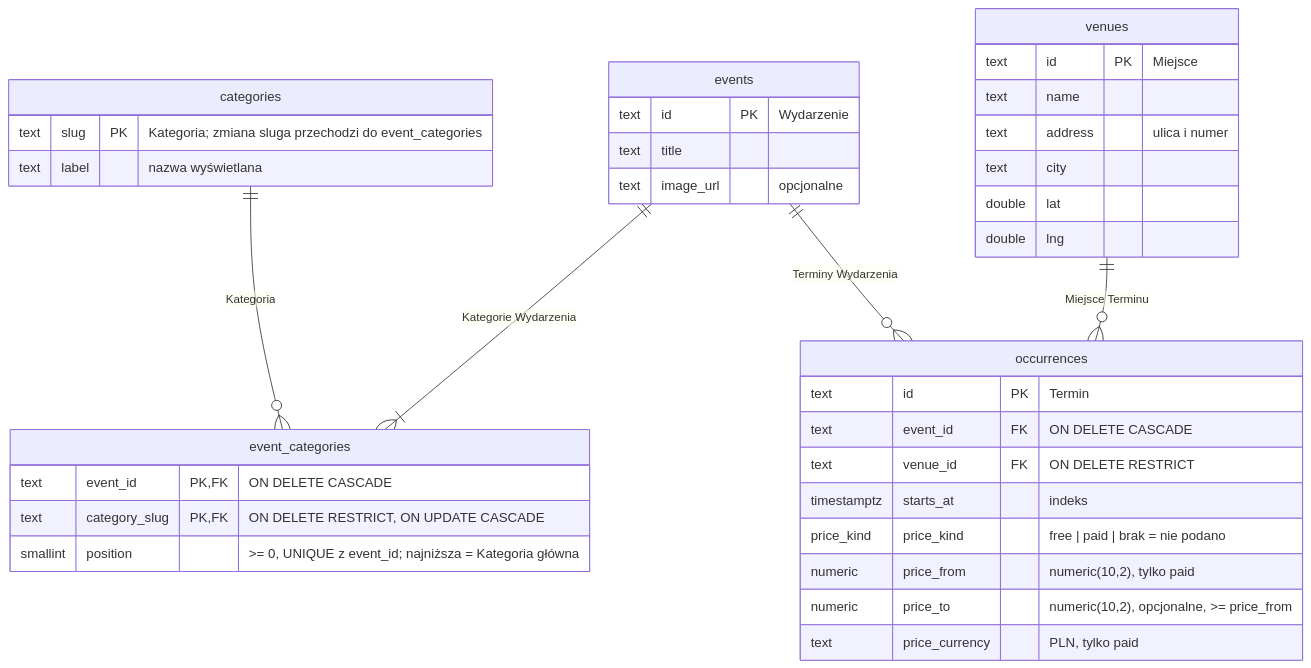
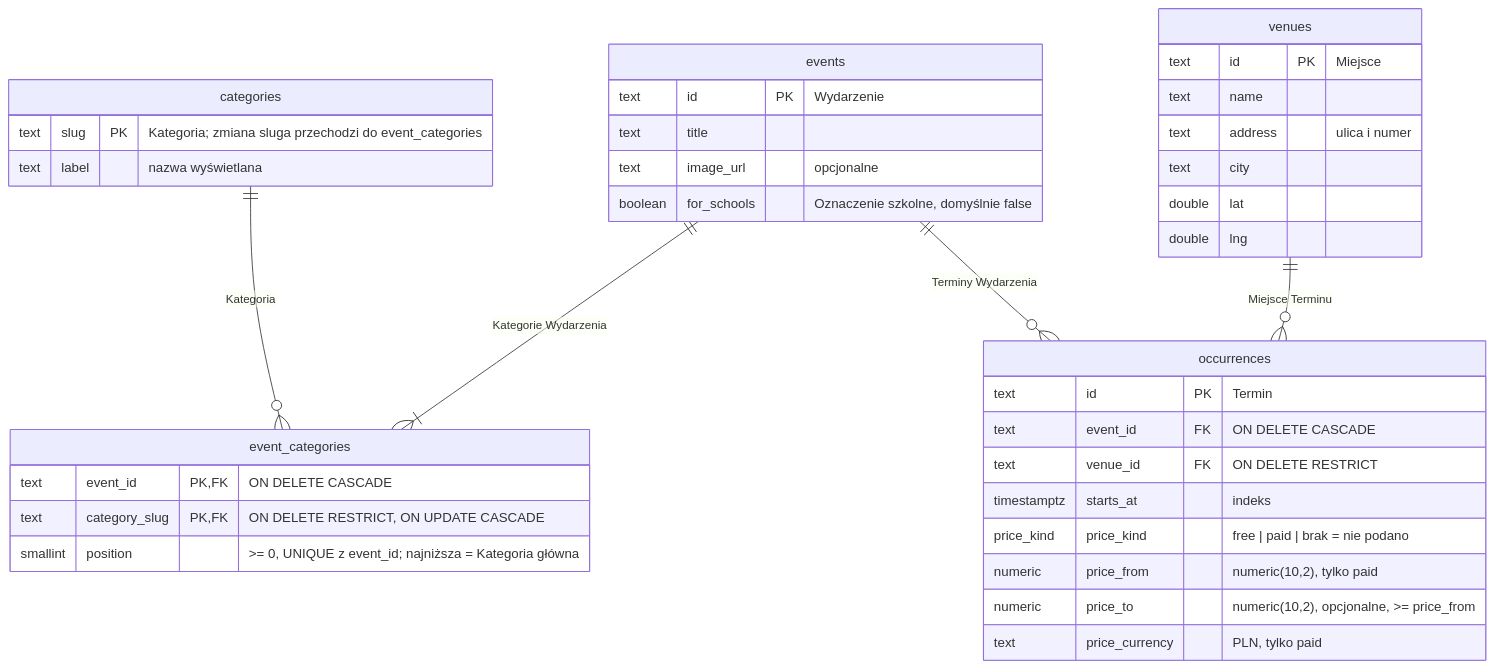
The diagram in docs/database.md (kspacja/events-app), drawn with Mermaid before and after one commit. The commit also changed other lines of this file and 32 other files, not shown here.

````diff
--- a/docs/database.md
+++ b/docs/database.md
@@ -7,40 +7,41 @@
 ```mermaid
 erDiagram
     categories ||--o{ event_categories : "Kategoria"
     events ||--|{ event_categories : "Kategorie Wydarzenia"
     events ||--o{ occurrences : "Terminy Wydarzenia"
     venues ||--o{ occurrences : "Miejsce Terminu"
 
     categories {
         text slug PK "Kategoria; zmiana sluga przechodzi do event_categories"
         text label "nazwa wyświetlana"
     }
     venues {
         text id PK "Miejsce"
         text name
         text address "ulica i numer"
         text city
         double lat
         double lng
     }
     events {
         text id PK "Wydarzenie"
         text title
         text image_url "opcjonalne"
+        boolean for_schools "Oznaczenie szkolne, domyślnie false"
     }
     event_categories {
         text event_id PK, FK "ON DELETE CASCADE"
         text category_slug PK, FK "ON DELETE RESTRICT, ON UPDATE CASCADE"
         smallint position ">= 0, UNIQUE z event_id; najniższa = Kategoria główna"
     }
     occurrences {
         text id PK "Termin"
         text event_id FK "ON DELETE CASCADE"
         text venue_id FK "ON DELETE RESTRICT"
         timestamptz starts_at "indeks"
         price_kind price_kind "free | paid | brak = nie podano"
         numeric price_from "numeric(10,2), tylko paid"
         numeric price_to "numeric(10,2), opcjonalne, >= price_from"
         text price_currency "PLN, tylko paid"
     }
 ```
````
